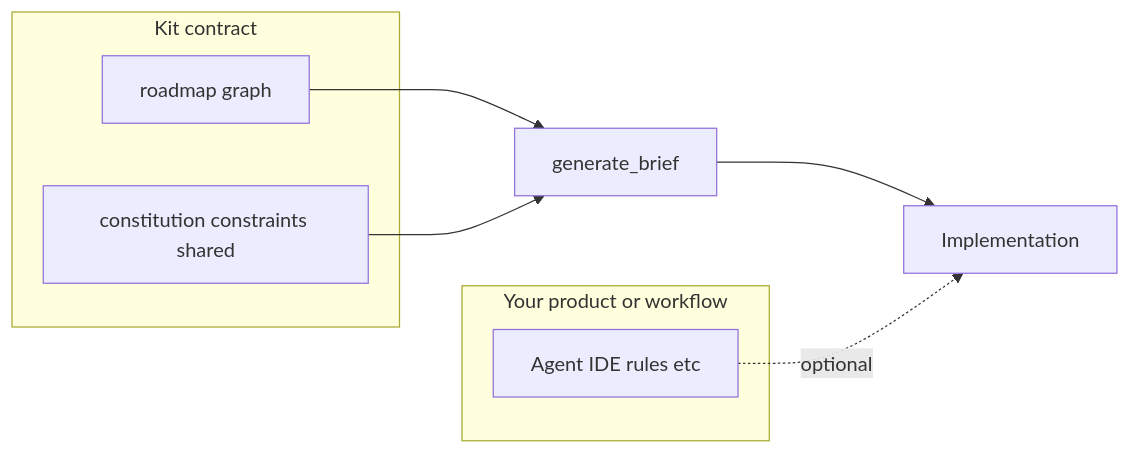
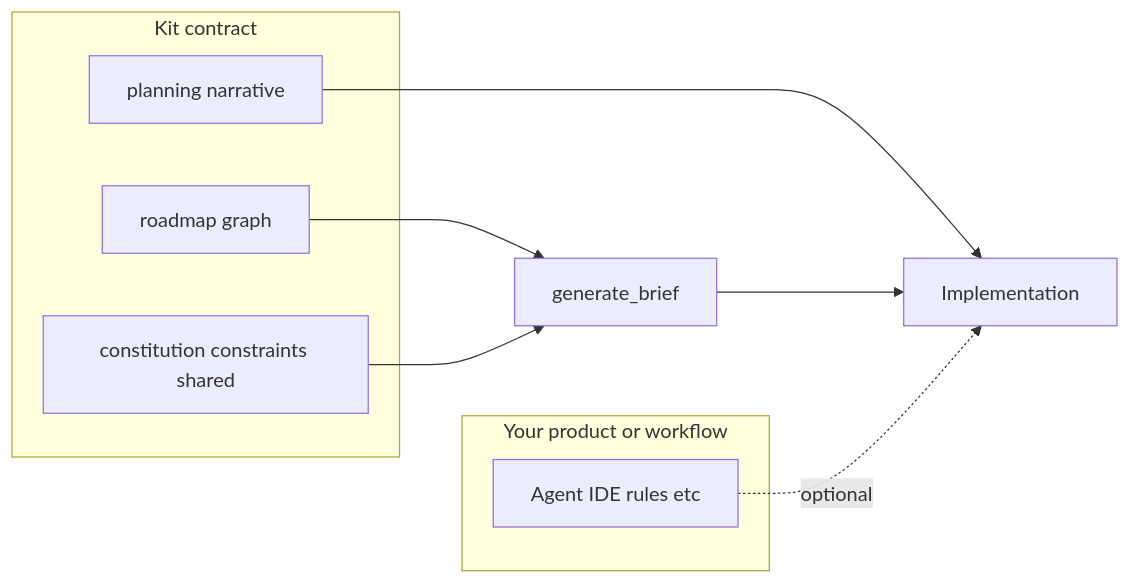
One commit to shanevigil/specy-road changed the diagram in docs/philosophy-and-scope.md. Above: the diagram before and after it, drawn with Mermaid. The commit also changed other lines of this file and 52 other files, not shown here.

````diff
--- a/docs/philosophy-and-scope.md
+++ b/docs/philosophy-and-scope.md
@@ -45,14 +46,16 @@
 ```mermaid
 flowchart LR
   subgraph kitContract [Kit contract]
     R[roadmap graph]
+    P[planning narrative]
     C[constitution constraints shared]
   end
   subgraph userChoice [Your product or workflow]
     A[Agent IDE rules etc]
   end
   R --> brief[generate_brief]
   C --> brief
-  brief --> implement[Implementation]
+  P --> implement[Implementation]
+  brief --> implement
   A -. optional .-> implement
 ```
````
